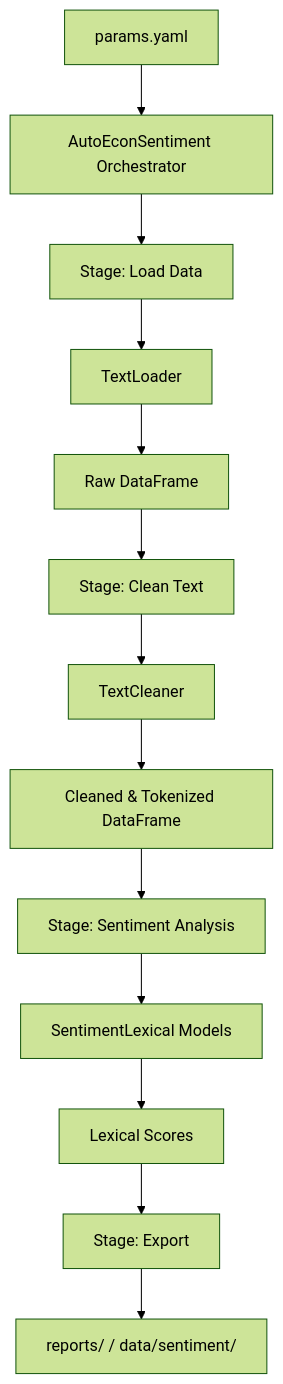
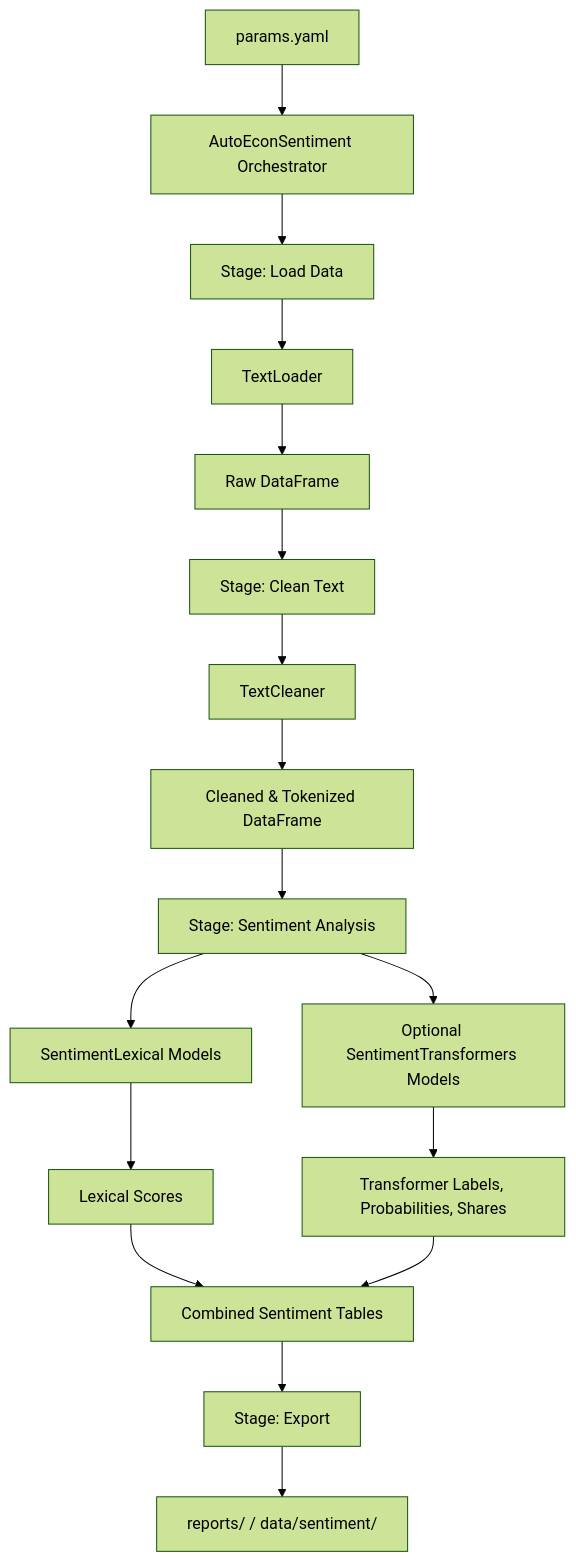
The first of 2 diagrams in docs/architecture.md (corybaird/auto-econ-sentiment), drawn with Mermaid (forest theme) before and after one commit. The commit also changed other lines of this file and 7 other files, not shown here.

````diff
--- a/docs/architecture.md
+++ b/docs/architecture.md
@@ -9,15 +9,19 @@
 ```mermaid
 graph TD
     A[params.yaml] --> B[AutoEconSentiment Orchestrator]
     B --> C[Stage: Load Data]
     C --> D[TextLoader]
     D --> E[Raw DataFrame]
     E --> F[Stage: Clean Text]
     F --> G[TextCleaner]
     G --> H[Cleaned & Tokenized DataFrame]
     H --> I[Stage: Sentiment Analysis]
     I --> J[SentimentLexical Models]
+    I --> N[Optional SentimentTransformers Models]
     J --> K[Lexical Scores]
-    K --> L[Stage: Export]
+    N --> O[Transformer Labels, Probabilities, Shares]
+    K --> P[Combined Sentiment Tables]
+    O --> P
+    P --> L[Stage: Export]
     L --> M[reports/ / data/sentiment/]
 ```
````
